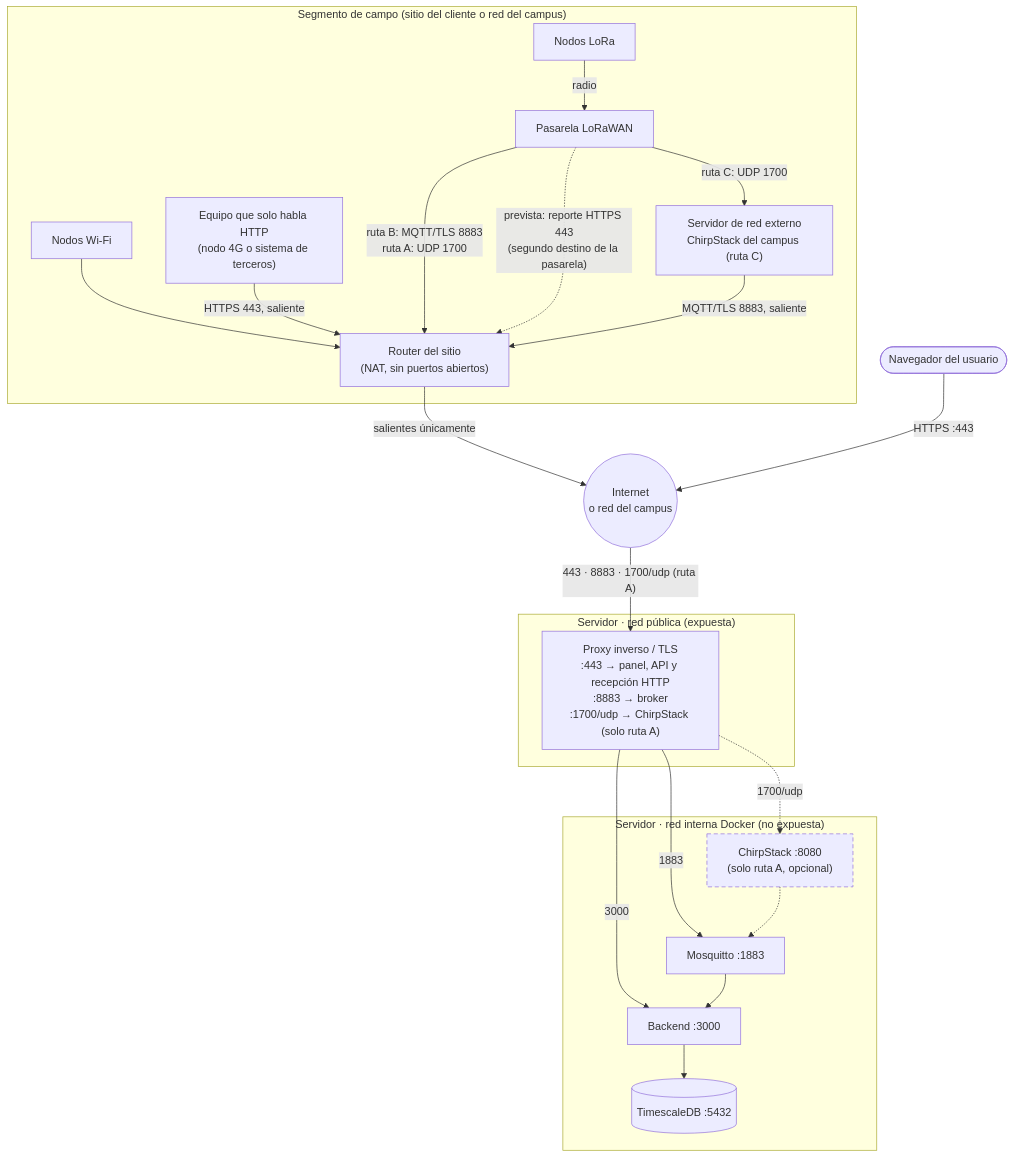
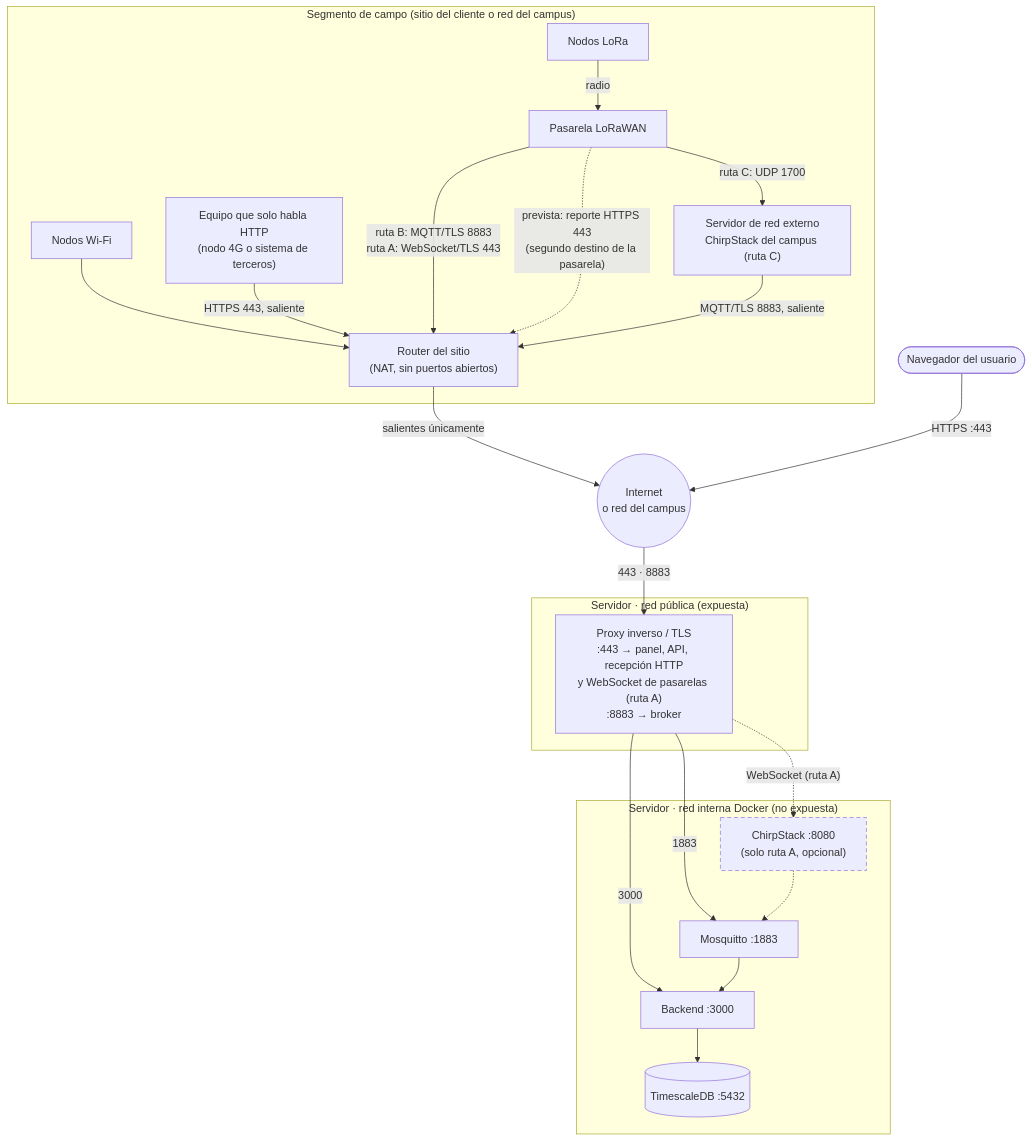
The diagram in informe-oficial/figuras/mermaid/red.mmd (vicenterami/tesis), drawn with Mermaid before and after one commit. The commit also changed 18 other files, not shown here.

First line of the commit message:
Ruta A con Basics Station en vez de UDP 1700; vías numeradas por protocolo

```diff
--- a/informe-oficial/figuras/mermaid/red.mmd
+++ b/informe-oficial/figuras/mermaid/red.mmd
@@ -1,36 +1,36 @@
 flowchart TB
     subgraph CAMPO["Segmento de campo (sitio del cliente o red del campus)"]
         S1["Nodos LoRa"] -- radio --> G["Pasarela LoRaWAN"]
         S2["Nodos Wi-Fi"] --> R["Router del sitio\n(NAT, sin puertos abiertos)"]
         S3["Equipo que solo habla HTTP\n(nodo 4G o sistema de terceros)"] -- "HTTPS 443, saliente" --> R
-        G -- "ruta B: MQTT/TLS 8883\nruta A: UDP 1700" --> R
+        G -- "ruta B: MQTT/TLS 8883\nruta A: WebSocket/TLS 443" --> R
         G -. "prevista: reporte HTTPS 443\n(segundo destino de la pasarela)" .-> R
         G -- "ruta C: UDP 1700" --> NSE["Servidor de red externo\nChirpStack del campus (ruta C)"]
         NSE -- "MQTT/TLS 8883, saliente" --> R
     end
 
     INET(("Internet\no red del campus"))
 
     subgraph DMZ["Servidor · red pública (expuesta)"]
-        RP["Proxy inverso / TLS\n:443 → panel, API y recepción HTTP\n:8883 → broker\n:1700/udp → ChirpStack (solo ruta A)"]
+        RP["Proxy inverso / TLS\n:443 → panel, API, recepción HTTP\ny WebSocket de pasarelas (ruta A)\n:8883 → broker"]
     end
 
     subgraph INT["Servidor · red interna Docker (no expuesta)"]
         MQ["Mosquitto :1883"]
         BE["Backend :3000"]
         DB[("TimescaleDB :5432")]
         CS["ChirpStack :8080\n(solo ruta A, opcional)"]
     end
 
     R -- "salientes únicamente" --> INET
-    INET -- "443 · 8883 · 1700/udp (ruta A)" --> RP
+    INET -- "443 · 8883" --> RP
     RP -- "1883" --> MQ
     RP -- "3000" --> BE
-    RP -. "1700/udp" .-> CS
+    RP -. "WebSocket (ruta A)" .-> CS
     CS -.-> MQ
     MQ --> BE
     BE --> DB
 
     NAV(["Navegador del usuario"]) -- "HTTPS :443" --> INET
     classDef opcional stroke-dasharray:6 4
     class CS opcional
```
